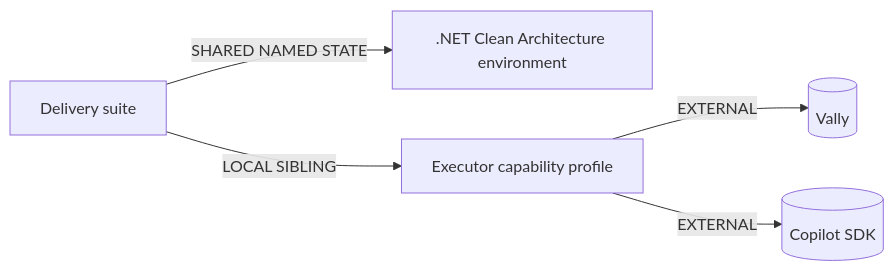
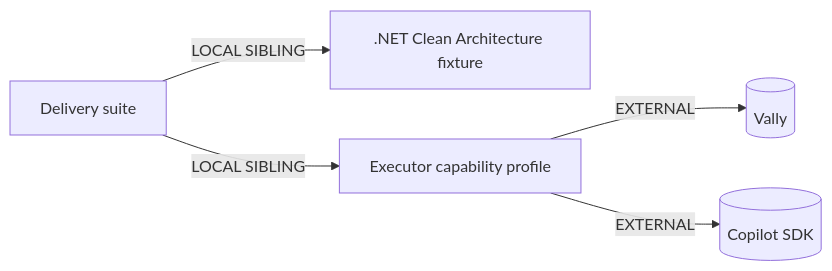
Diagram 13 of 13 in .copilot-tracking/genesis-plans/skraft-agent-behavior/plan.md (SebastienDegodez/skraft-plugin), drawn with Mermaid before and after one commit. The commit also changed other lines of this file and 24 other files, not shown here.

Commit message:
test: restructure software engineer delivery evaluation with suite-local fixtures and updated environment references

````diff
--- a/.copilot-tracking/genesis-plans/skraft-agent-behavior/plan.md
+++ b/.copilot-tracking/genesis-plans/skraft-agent-behavior/plan.md
@@ -397,7 +397,7 @@
 ```mermaid
 flowchart LR
-        S[Delivery suite] -- SHARED NAMED STATE --> F[.NET Clean Architecture environment]
+    S[Delivery suite] -- LOCAL SIBLING --> F[.NET Clean Architecture fixture]
         S -- LOCAL SIBLING --> E[Executor capability profile]
         E -- EXTERNAL --> V[(Vally)]
         E -- EXTERNAL --> C[(Copilot SDK)]
 ```
````
